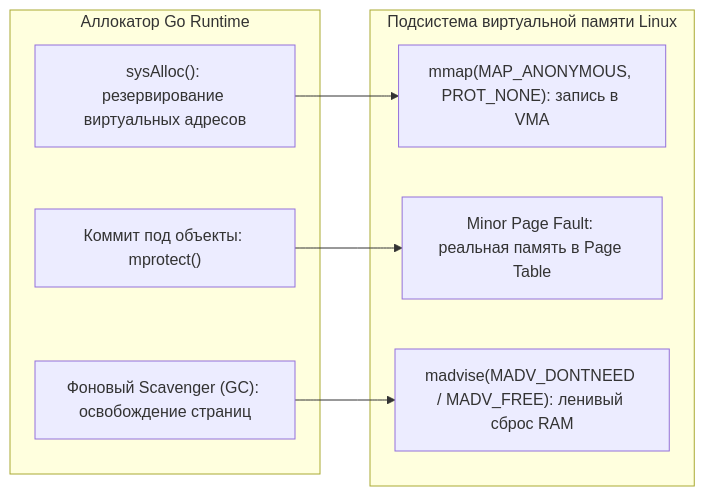
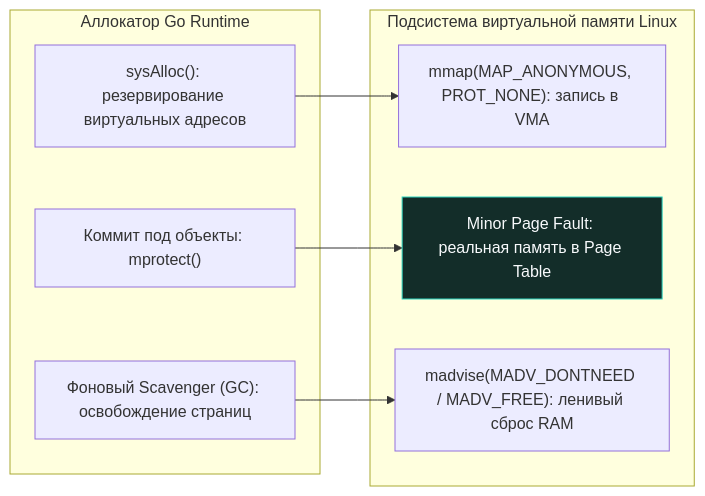
Before and after one commit to UnrealTemplier/go-textbook: the third of 5 diagrams in sources/2. Устройство и работа ОС/62. Как Go runtime взаимодействует с ОС.md, drawn with Mermaid. The commit also changed other lines of this file and 1666 other files, not shown here.

First line of the commit message:
feat(mermaid): add semantic color classDef to 1369 colorless flowchart/graph diagrams

````diff
--- a/sources/2. Устройство и работа ОС/62. Как Go runtime взаимодействует с ОС.md
+++ b/sources/2. Устройство и работа ОС/62. Как Go runtime взаимодействует с ОС.md
@@ -97,18 +117,28 @@
 ```mermaid
 flowchart LR
+    classDef process  fill:#1e293b,stroke:#38bdf8,stroke-width:1px,color:#f8fafc
+    classDef success  fill:#064e3b,stroke:#34d399,stroke-width:1px,color:#f8fafc
+    classDef error    fill:#7f1d1d,stroke:#f87171,stroke-width:1px,color:#f8fafc
+    classDef warning  fill:#78350f,stroke:#fbbf24,stroke-width:1px,color:#f8fafc
+    classDef entry    fill:#1e3a5f,stroke:#38bdf8,stroke-width:2px,color:#f8fafc
+    classDef aux      fill:#334155,stroke:#64748b,stroke-width:1px,color:#f8fafc
+    classDef system   fill:#312e81,stroke:#a78bfa,stroke-width:1px,color:#f8fafc
+    classDef data     fill:#132d29,stroke:#2dd4bf,stroke-width:1px,color:#f8fafc
+    classDef network  fill:#881337,stroke:#fb7185,stroke-width:1px,color:#f8fafc
+    classDef accent   fill:#1e1b4b,stroke:#818cf8,stroke-width:1px,color:#f8fafc
     subgraph GoAlloc ["Аллокатор Go Runtime"]
         SysAlloc["sysAlloc(): резервирование виртуальных адресов"]
         PageCommit["Коммит под объекты: mprotect()"]
         Scavenger["Фоновый Scavenger (GC): освобождение страниц"]
     end
 
     subgraph KernelVM ["Подсистема виртуальной памяти Linux"]
         MmapReserve["mmap(MAP_ANONYMOUS, PROT_NONE): запись в VMA"]
-        PhysicalRAM["Minor Page Fault: реальная память в Page Table"]
+        PhysicalRAM["Minor Page Fault: реальная память в Page Table"]:::data
         MadviseReclaim["madvise(MADV_DONTNEED / MADV_FREE): ленивый сброс RAM"]
     end
 
     SysAlloc --> MmapReserve
     PageCommit --> PhysicalRAM
     Scavenger --> MadviseReclaim
 ```
````
